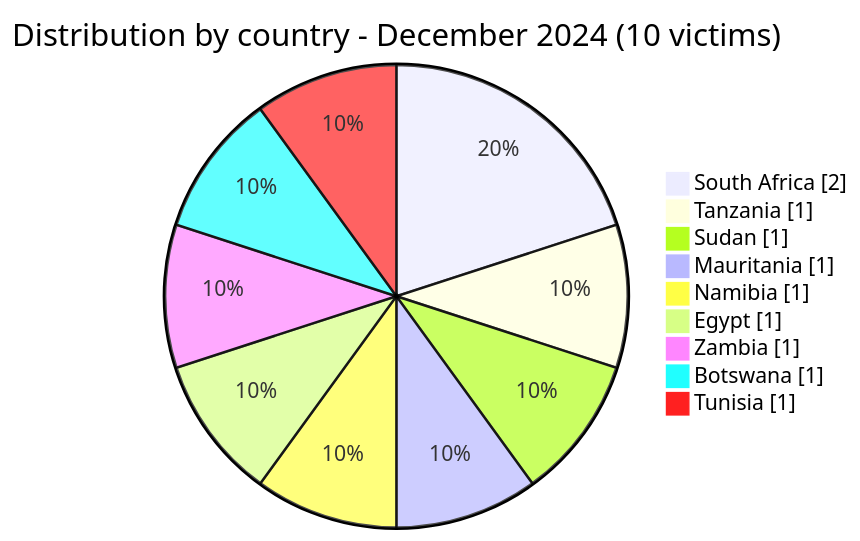
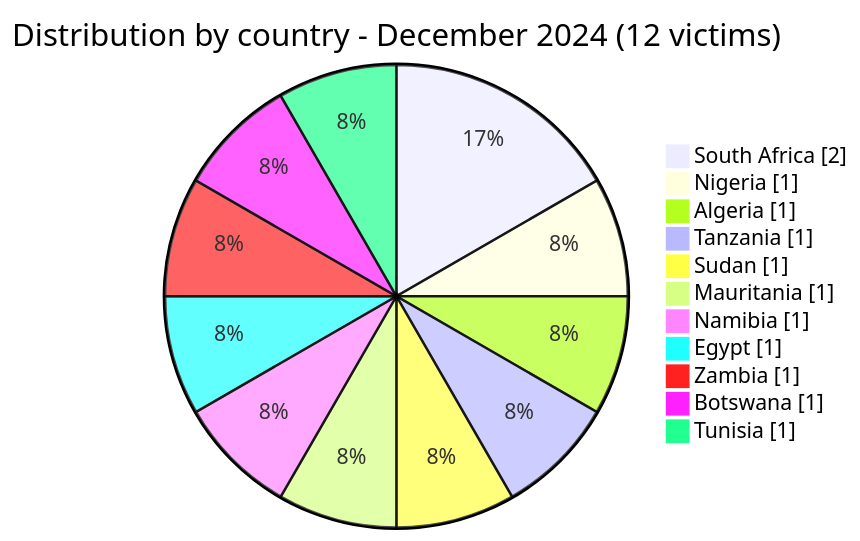
The second of 4 diagrams in CyberAttackAfrica/2024/12-december/README.md (Hatchepsoute/AFRINTEL), drawn with Mermaid before and after one commit. The commit also changed other lines of this file and 255 other files, not shown here.

````diff
--- a/CyberAttackAfrica/2024/12-december/README.md
+++ b/CyberAttackAfrica/2024/12-december/README.md
@@ -74,13 +80,15 @@
 ```mermaid
 pie showData
-    title Distribution by country - December 2024 (10 victims)
+    title Distribution by country - December 2024 (12 victims)
     "South Africa" : 2
+    "Nigeria" : 1
+    "Algeria" : 1
     "Tanzania" : 1
     "Sudan" : 1
     "Mauritania" : 1
     "Namibia" : 1
     "Egypt" : 1
     "Zambia" : 1
     "Botswana" : 1
     "Tunisia" : 1
 ```
````
